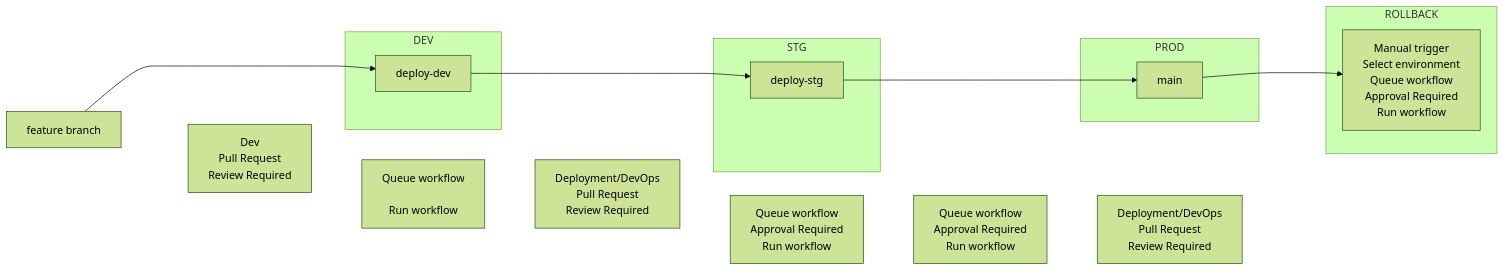
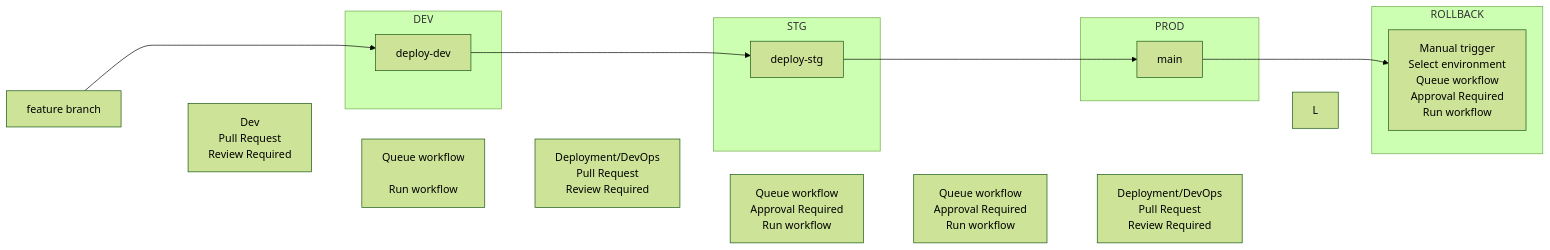
One commit to fritzramos-gf/Workflows changed the diagram in Gates-Workflow.md. Above: the diagram before and after it, drawn with Mermaid (forest theme).

````diff
--- a/Gates-Workflow.md
+++ b/Gates-Workflow.md
@@ -1,40 +1,40 @@
 ```mermaid
 flowchart LR
     A[feature branch] ----> B
     A ~~~ C["Dev\nPull Request\nReview Required"]
     C ~~~ B
     subgraph DEV
         B[deploy-dev]
     end
      C ~~~ G["Queue workflow
         \nRun workflow"]
 
     B ---> D
     G ~~~ H["Deployment/DevOps\nPull Request\nReview Required"]
     H ~~~ D
     subgraph STG
         D[deploy-stg]
     end
     D ---> E
     H ~~~ I["Queue workflow\nApproval Required\nRun workflow"]
     subgraph PROD
         E[main]
     end
     I ~~~ J["Queue workflow\nApproval Required\nRun workflow"]
     E ---> F
     J ~~~ K["Deployment/DevOps\nPull Request\nReview Required"] 
     subgraph ROLLBACK
         F[Release]
     end
-    E ~~~ F["Manual trigger\nSelect environment\nQueue workflow\nApproval Required\nRun workflow"]
+    L~~~ F["Manual trigger\nSelect environment\nQueue workflow\nApproval Required\nRun workflow"]
     
 
 
 
 
 
 
 
 
 
 ```
````
